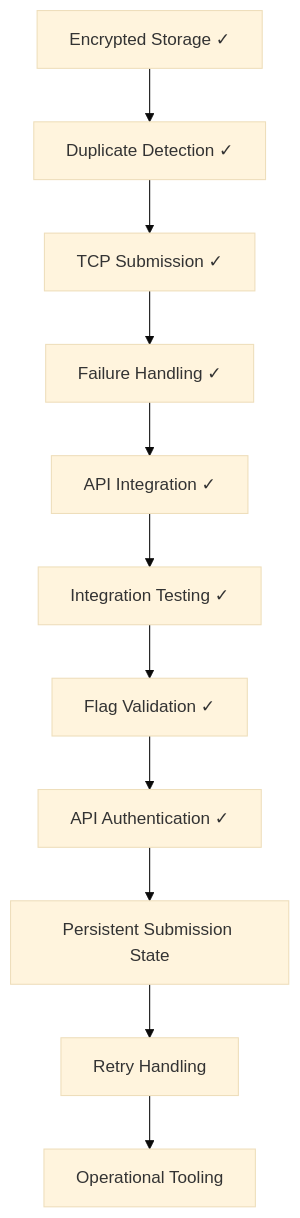
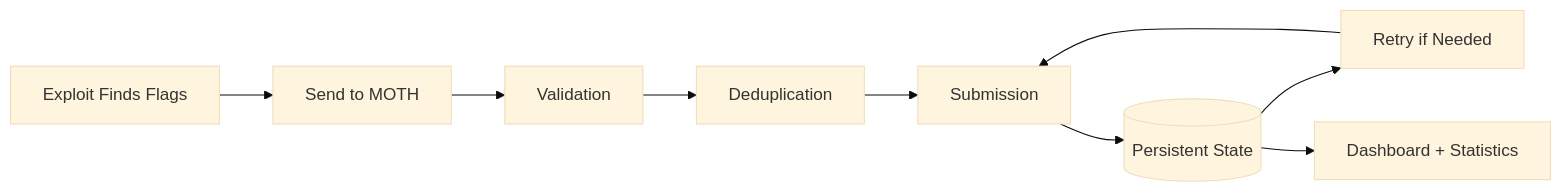
One commit to Denis-Krueger-labs/MOTH changed the ninth of 9 diagrams in README.md. Above: the diagram before and after it, drawn with Mermaid (base theme). The commit also changed other lines of this file, not shown here.

````diff
--- a/README.md
+++ b/README.md
@@ -654,25 +975,11 @@
 ```mermaid
-flowchart TD
-    A[Encrypted Storage ✓]
-    B[Duplicate Detection ✓]
-    C[TCP Submission ✓]
-    D[Failure Handling ✓]
-    E[API Integration ✓]
-    F[Integration Testing ✓]
-    G[Flag Validation ✓]
-    H[API Authentication ✓]
-    I[Persistent Submission State]
-    J[Retry Handling]
-    K[Operational Tooling]
-
-    A --> B
-    B --> C
-    C --> D
-    D --> E
-    E --> F
-    F --> G
-    G --> H
-    H --> I
-    I --> J
-    J --> K
+flowchart LR
+    A[Exploit Finds Flags] --> B[Send to MOTH]
+    B --> C[Validation]
+    C --> D[Deduplication]
+    D --> E[Submission]
+    E --> F[(Persistent State)]
+    F --> G[Retry if Needed]
+    G --> E
+    F --> H[Dashboard + Statistics]
 ```
````
